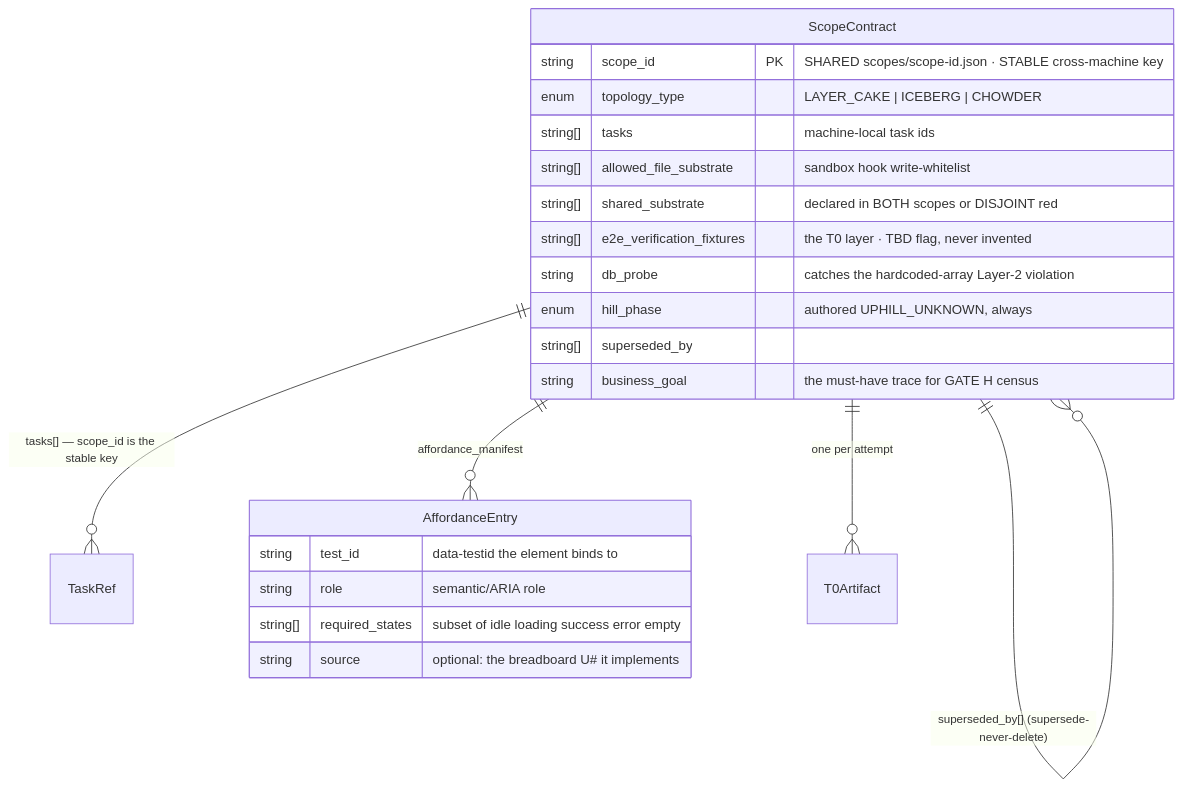
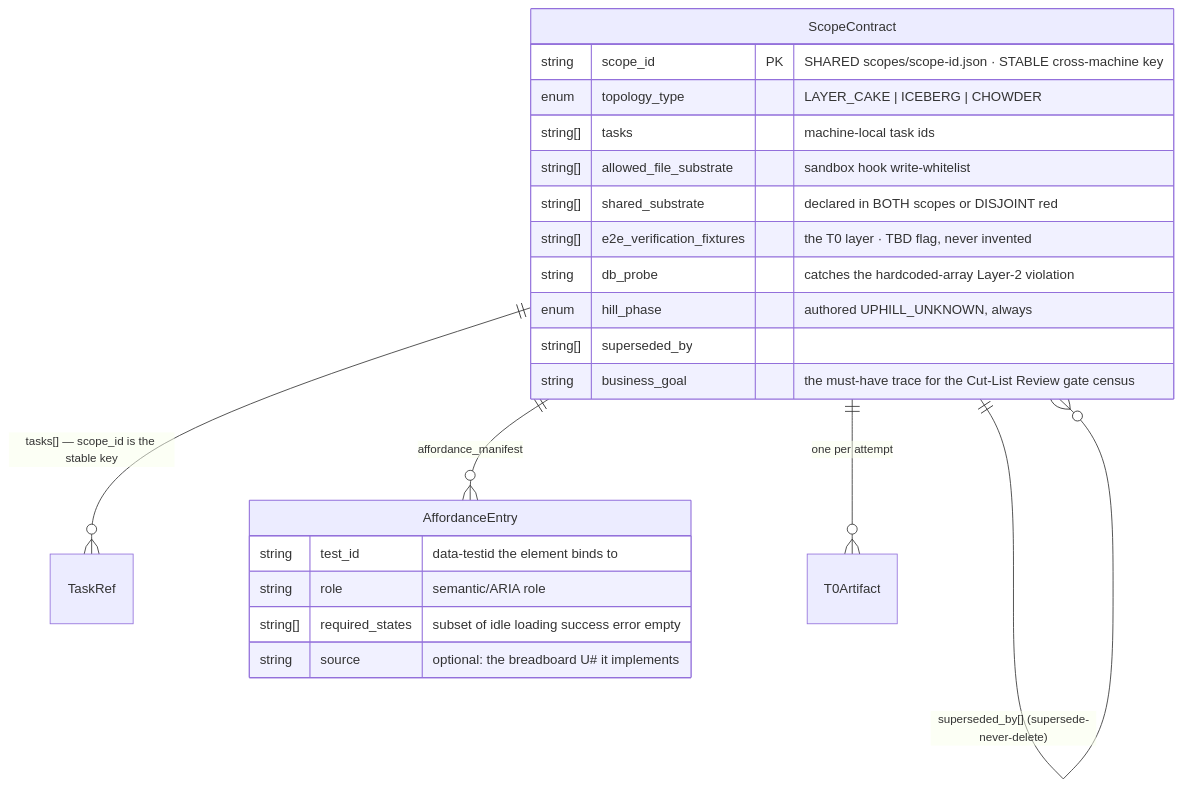
One commit to nguyenvanphituoc/shapeup-sdlc-plugin changed the third of 3 diagrams in docs/design/07-domain-erd.md. Above: the diagram before and after it, drawn with Mermaid. The commit also changed other lines of this file and 46 other files, not shown here.

````diff
--- a/docs/design/07-domain-erd.md
+++ b/docs/design/07-domain-erd.md
@@ -197,26 +197,26 @@
 ```mermaid
 erDiagram
     ScopeContract ||--o{ TaskRef : "tasks[] — scope_id is the stable key"
     ScopeContract ||--o{ AffordanceEntry : "affordance_manifest"
     ScopeContract ||--o{ T0Artifact : "one per attempt"
     ScopeContract ||--o{ ScopeContract : "superseded_by[] (supersede-never-delete)"
 
     ScopeContract {
         string scope_id PK "SHARED scopes/scope-id.json · STABLE cross-machine key"
         enum topology_type "LAYER_CAKE | ICEBERG | CHOWDER"
         string[] tasks "machine-local task ids"
         string[] allowed_file_substrate "sandbox hook write-whitelist"
         string[] shared_substrate "declared in BOTH scopes or DISJOINT red"
         string[] e2e_verification_fixtures "the T0 layer · TBD flag, never invented"
         string db_probe "catches the hardcoded-array Layer-2 violation"
         enum hill_phase "authored UPHILL_UNKNOWN, always"
         string[] superseded_by
-        string business_goal "the must-have trace for GATE H census"
+        string business_goal "the must-have trace for the Cut-List Review gate census"
     }
     AffordanceEntry {
         string test_id "data-testid the element binds to"
         string role "semantic/ARIA role"
         string[] required_states "subset of idle loading success error empty"
         string source "optional: the breadboard U# it implements"
     }
 ```
````
